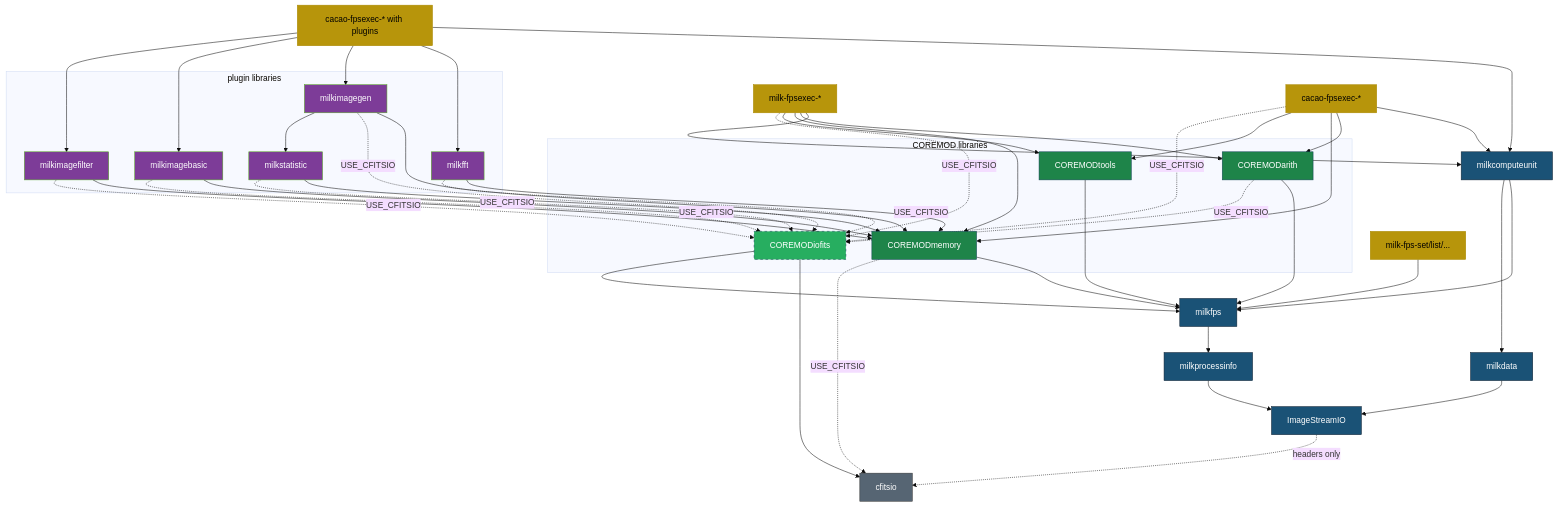
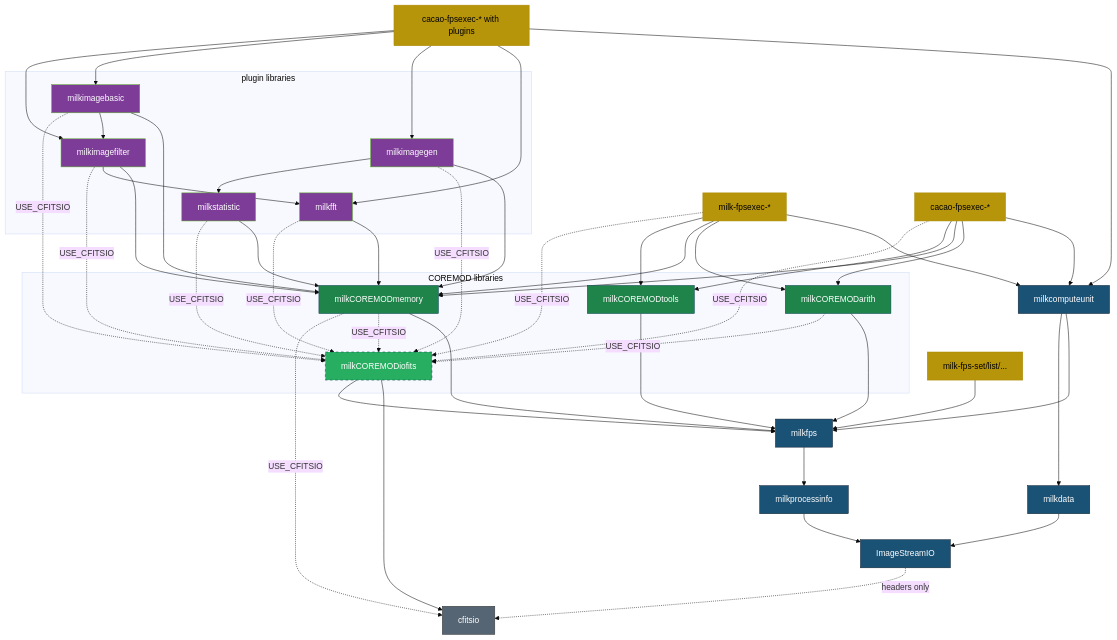
One commit to milk-org/milk changed the third of 3 diagrams in docs/arch/dependency_graph.md. Above: the diagram before and after it, drawn with Mermaid (base theme). The commit also changed other lines of this file and 64 other files, not shown here.

First line of the commit message:
docs: update user guides, architecture references, and agent workflows for bash-engine and milk-CTRL

```diff
--- a/docs/arch/dependency_graph.md
+++ b/docs/arch/dependency_graph.md
@@ -236,10 +281,10 @@
     FPSSA["milkcomputeunit"]:::core
 
     subgraph corecomp ["COREMOD libraries"]
-        ARITH_C["COREMODarith"]:::compute
-        IOFITS_C["COREMODiofits"]:::compute_fits
-        MEMORY_C["COREMODmemory"]:::compute
-        TOOLS_C["COREMODtools"]:::compute
+        ARITH_C["milkCOREMODarith"]:::compute
+        IOFITS_C["milkCOREMODiofits"]:::compute_fits
+        MEMORY_C["milkCOREMODmemory"]:::compute
+        TOOLS_C["milkCOREMODtools"]:::compute
     end
 
     subgraph plugcomp ["plugin libraries"]
@@ -267,6 +312,7 @@
     ARITH_C --> FPS
     ARITH_C -.->|USE_CFITSIO| IOFITS_C
     MEMORY_C --> FPS
+    MEMORY_C -.->|USE_CFITSIO| IOFITS_C
     MEMORY_C -.->|USE_CFITSIO| CFITSIO
     TOOLS_C --> FPS
 
@@ -275,8 +321,10 @@
     IMGGEN_C --> MEMORY_C
     IMGGEN_C -.->|USE_CFITSIO| IOFITS_C
     IMGBASIC_C --> MEMORY_C
+    IMGBASIC_C --> IMGFILT_C
     IMGBASIC_C -.->|USE_CFITSIO| IOFITS_C
     IMGFILT_C --> MEMORY_C
+    IMGFILT_C --> FFT_C
     IMGFILT_C -.->|USE_CFITSIO| IOFITS_C
     STAT_C --> MEMORY_C
     STAT_C -.->|USE_CFITSIO| IOFITS_C
```
